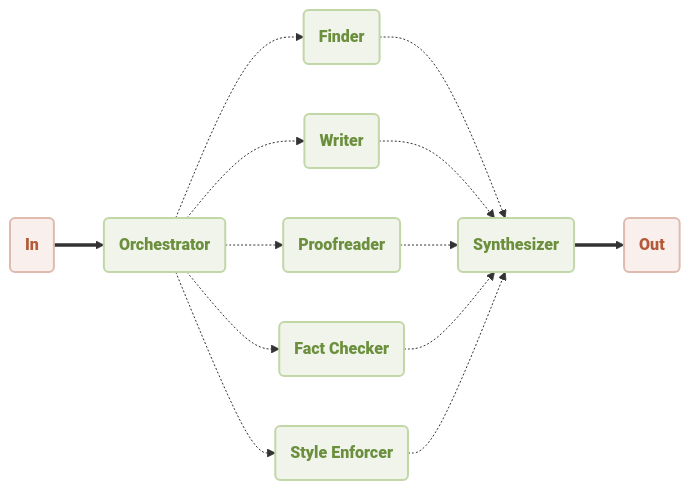
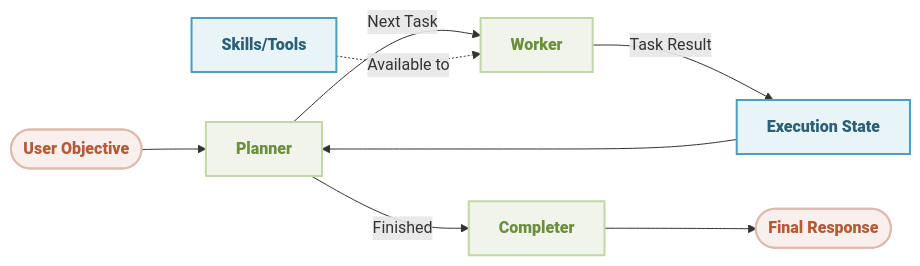
Before and after one commit to Zeeeepa/aigne-framework: the diagram in examples/workflow-orchestrator/README.md, drawn with Mermaid. The commit also changed other lines of this file and 40 other files, not shown here.

Commit message:
feat: support define agent by third library & orchestrator agent refactor (#799)

````diff
--- a/examples/workflow-orchestrator/README.md
+++ b/examples/workflow-orchestrator/README.md
@@ -13,34 +17,19 @@
 ```mermaid
 flowchart LR
+    Input([User Objective]) --> Planner
+    Planner -->|Next Task| Worker
+    Worker -->|Task Result| State[Execution State]
+    State --> Planner
+    Planner -->|Finished| Completer
+    Completer --> Output([Final Response])
 
-in(In)
-out(Out)
-orchestrator(Orchestrator)
-synthesizer(Synthesizer)
-finder(Finder)
-writer(Writer)
-proofreader(Proofreader)
-fact_checker(Fact Checker)
-style_enforcer(Style Enforcer)
+    Skills[Skills/Tools] -.->|Available to| Worker
 
-in ==> orchestrator
-orchestrator -.-> finder -.-> synthesizer
-orchestrator -.-> writer -.-> synthesizer
-orchestrator -.-> proofreader -.-> synthesizer
-orchestrator -.-> fact_checker -.-> synthesizer
-orchestrator -.-> style_enforcer -.-> synthesizer
-synthesizer ==> out
+    classDef inputOutput fill:#f9f0ed,stroke:#debbae,stroke-width:2px,color:#b35b39,font-weight:bolder
+    classDef agent fill:#F0F4EB,stroke:#C2D7A7,stroke-width:2px,color:#6B8F3C,font-weight:bolder
+    classDef resource fill:#E8F4F8,stroke:#4A9EBF,stroke-width:2px,color:#2B5F75,font-weight:bolder
 
-classDef inputOutput fill:#f9f0ed,stroke:#debbae,stroke-width:2px,color:#b35b39,font-weight:bolder;
-classDef processing fill:#F0F4EB,stroke:#C2D7A7,stroke-width:2px,color:#6B8F3C,font-weight:bolder;
-
-class in inputOutput
-class out inputOutput
-class orchestrator processing
-class synthesizer processing
-class finder processing
-class writer processing
-class proofreader processing
-class fact_checker processing
-class style_enforcer processing
+    class Input,Output inputOutput
+    class Planner,Worker,Completer agent
+    class State,Skills resource
 ```
````
